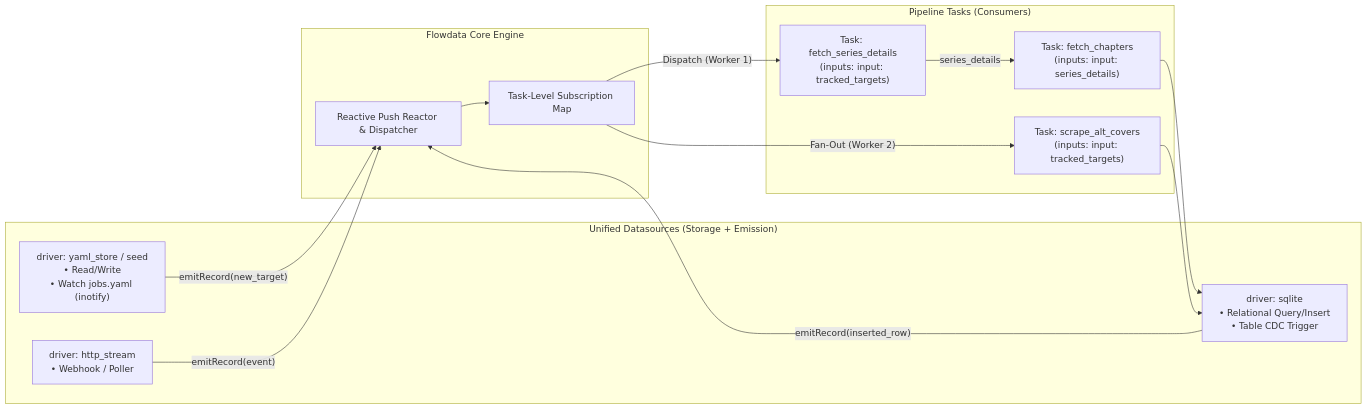
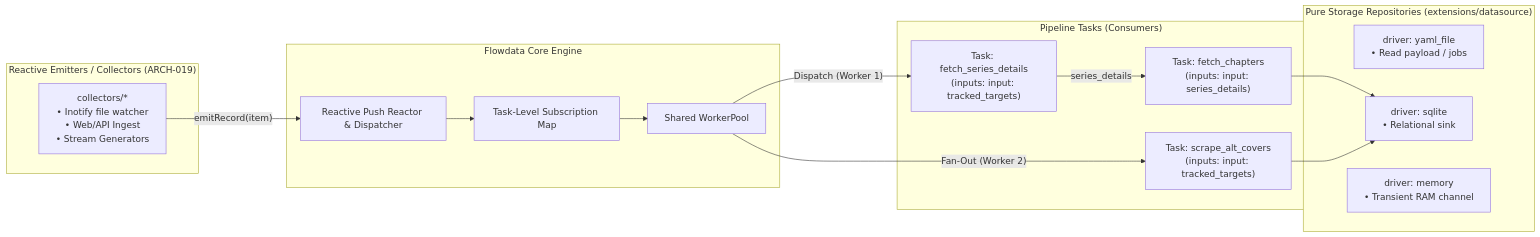
One commit to g-gar/vidsec changed the first of 2 diagrams in docs/development/014-inbound-emitter-datasources-and-reactive-dispatch.md. Above: the diagram before and after it, drawn with Mermaid. The commit also changed other lines of this file and 8 other files, not shown here.

````diff
--- a/docs/development/014-inbound-emitter-datasources-and-reactive-dispatch.md
+++ b/docs/development/014-inbound-emitter-datasources-and-reactive-dispatch.md
@@ -39,30 +45,33 @@
 ```mermaid
 flowchart LR
-    subgraph Datasources ["Unified Datasources (Storage + Emission)"]
-        YAML["driver: yaml_store / seed<br/>• Read/Write<br/>• Watch jobs.yaml (inotify)"]
-        SQL["driver: sqlite<br/>• Relational Query/Insert<br/>• Table CDC Trigger"]
-        Live["driver: http_stream<br/>• Webhook / Poller"]
+    subgraph Emitters ["Reactive Emitters / Collectors (ARCH-019)"]
+        Collector["collectors/*<br/>• Inotify file watcher<br/>• Web/API Ingest<br/>• Stream Generators"]
     end
 
     subgraph Core ["Flowdata Core Engine"]
         Reactor["Reactive Push Reactor & Dispatcher"]
         Registry["Task-Level Subscription Map"]
+        WorkerPool["Shared WorkerPool"]
         Reactor --> Registry
+        Registry --> WorkerPool
+    end
+
+    subgraph Storage ["Pure Storage Repositories (extensions/datasource)"]
+        YAML["driver: yaml_file<br/>• Read payload / jobs"]
+        SQL["driver: sqlite<br/>• Relational sink"]
+        MEM["driver: memory<br/>• Transient RAM channel"]
     end
 
     subgraph Tasks ["Pipeline Tasks (Consumers)"]
         T1["Task: fetch_series_details<br/>(inputs: input: tracked_targets)"]
         T2["Task: scrape_alt_covers<br/>(inputs: input: tracked_targets)"]
         T3["Task: fetch_chapters<br/>(inputs: input: series_details)"]
     end
 
-    YAML -- "emitRecord(new_target)" --> Reactor
-    SQL -- "emitRecord(inserted_row)" --> Reactor
-    Live -- "emitRecord(event)" --> Reactor
-
-    Registry -- "Dispatch (Worker 1)" --> T1
-    Registry -- "Fan-Out (Worker 2)" --> T2
+    Collector -- "emitRecord(item)" --> Reactor
+    WorkerPool -- "Dispatch (Worker 1)" --> T1
+    WorkerPool -- "Fan-Out (Worker 2)" --> T2
     T1 -- "series_details" --> T3
     T3 --> SQL
     T2 --> SQL
 ```
````
